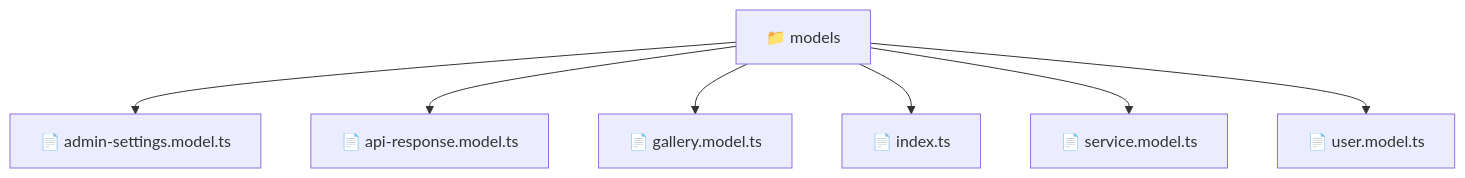
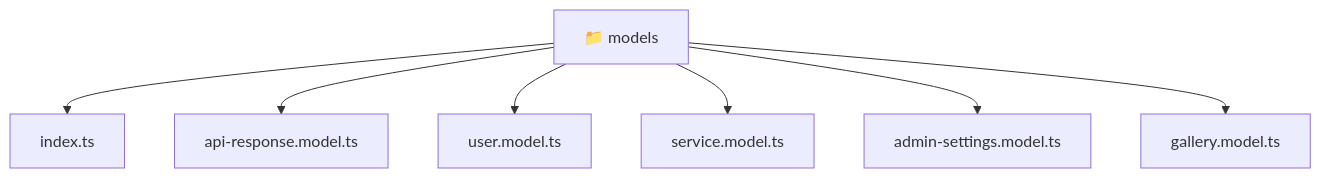
The diagram in frontend/src/shared/models/README.md (beginwebdev2002/fullstack-mavluda), drawn with Mermaid before and after one commit. The commit also changed other lines of this file and 167 other files, not shown here.

````diff
--- a/frontend/src/shared/models/README.md
+++ b/frontend/src/shared/models/README.md
@@ -11,10 +11,16 @@
 ```mermaid
 graph TD
-  Root["📁 models"]
-  Root --> admin_settings_model_ts["📄 admin-settings.model.ts"]
-  Root --> api_response_model_ts["📄 api-response.model.ts"]
-  Root --> gallery_model_ts["📄 gallery.model.ts"]
-  Root --> index_ts["📄 index.ts"]
-  Root --> service_model_ts["📄 service.model.ts"]
-  Root --> user_model_ts["📄 user.model.ts"]
+  Root_models["📁 models"]
+  f_index_ts["index.ts"]
+  Root_models --> f_index_ts
+  f_api_response_model_ts["api-response.model.ts"]
+  Root_models --> f_api_response_model_ts
+  f_user_model_ts["user.model.ts"]
+  Root_models --> f_user_model_ts
+  f_service_model_ts["service.model.ts"]
+  Root_models --> f_service_model_ts
+  f_admin_settings_model_ts["admin-settings.model.ts"]
+  Root_models --> f_admin_settings_model_ts
+  f_gallery_model_ts["gallery.model.ts"]
+  Root_models --> f_gallery_model_ts
 ```
````
